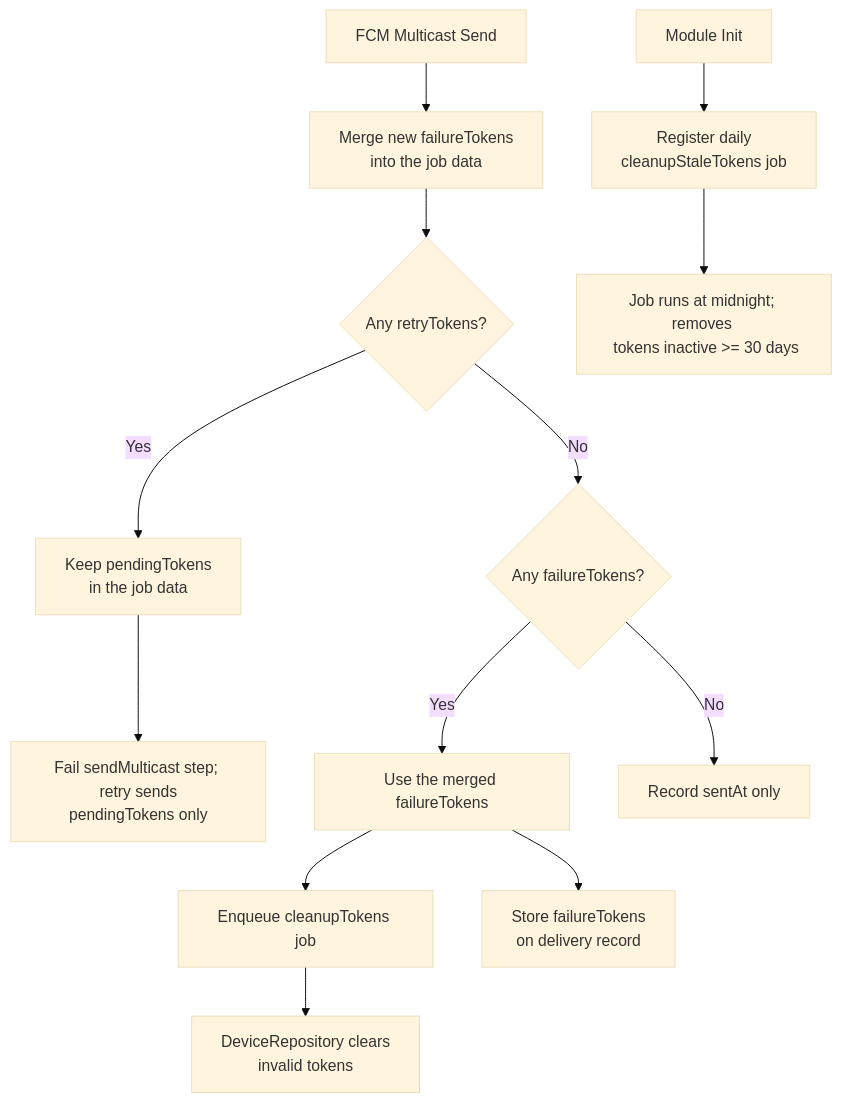
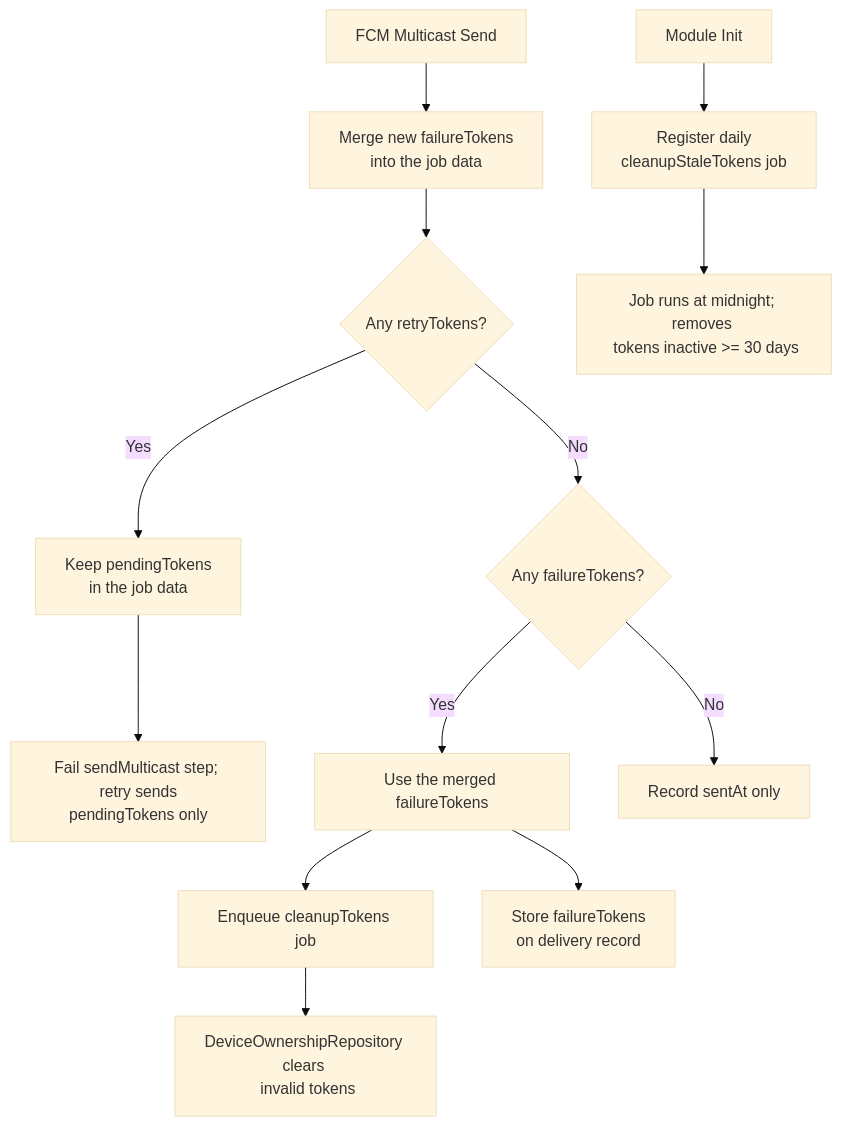
The second of 3 diagrams in docs/notification.md (andrechristikan/ack-nestjs-boilerplate), drawn with Mermaid (base theme) before and after one commit. The commit also changed other lines of this file and 95 other files, not shown here.

````diff
--- a/docs/notification.md
+++ b/docs/notification.md
@@ -681,16 +691,16 @@
 ```mermaid
 graph TD
     A[FCM Multicast Send] --> M[Merge new failureTokens <br/> into the job data]
     M --> R{Any retryTokens?}
     R -->|Yes| P[Keep pendingTokens <br/> in the job data]
     P --> Q[Fail sendMulticast step; <br/> retry sends pendingTokens only]
     R -->|No| B{Any failureTokens?}
     B -->|Yes| C[Use the merged failureTokens]
     C --> D[Enqueue cleanupTokens job]
     C --> E[Store failureTokens <br/> on delivery record]
-    D --> J[DeviceRepository clears <br/> invalid tokens]
+    D --> J[DeviceOwnershipRepository clears <br/> invalid tokens]
     B -->|No| F[Record sentAt only]
 
     G[Module Init] --> H[Register daily <br/> cleanupStaleTokens job]
     H --> I[Job runs at midnight; removes <br/> tokens inactive >= 30 days]
 ```
````
